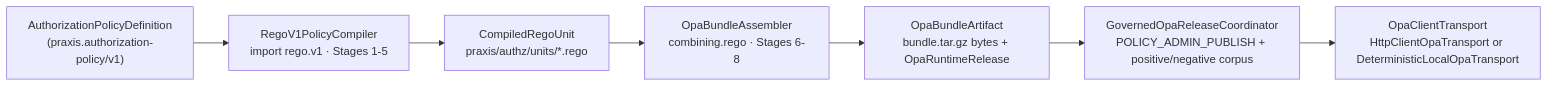
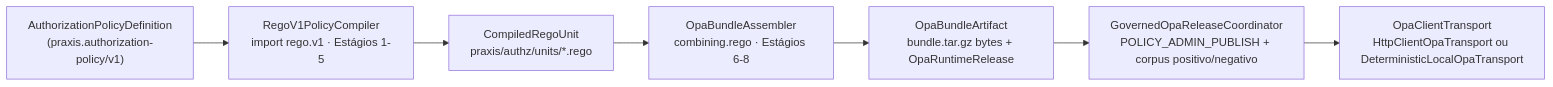
The first of 2 diagrams in README.md (codexrodrigues/praxis-authz-opa), drawn with Mermaid before and after one commit. The commit also changed other lines of this file and 4 other files, not shown here.

````diff
--- a/README.md
+++ b/README.md
@@ -41,9 +97,9 @@
 ```mermaid
 flowchart LR
-    def["AuthorizationPolicyDefinition<br/>(praxis.authorization-policy/v1)"] --> comp["RegoV1PolicyCompiler<br/>import rego.v1 · Stages 1-5"]
+    def["AuthorizationPolicyDefinition<br/>(praxis.authorization-policy/v1)"] --> comp["RegoV1PolicyCompiler<br/>import rego.v1 · Estágios 1-5"]
     comp --> unit["CompiledRegoUnit<br/>praxis/authz/units/*.rego"]
-    unit --> asm["OpaBundleAssembler<br/>combining.rego · Stages 6-8"]
+    unit --> asm["OpaBundleAssembler<br/>combining.rego · Estágios 6-8"]
     asm --> bundle["OpaBundleArtifact<br/>bundle.tar.gz bytes + OpaRuntimeRelease"]
-    bundle --> coord["GovernedOpaReleaseCoordinator<br/>POLICY_ADMIN_PUBLISH + positive/negative corpus"]
-    coord --> transport["OpaClientTransport<br/>HttpClientOpaTransport or DeterministicLocalOpaTransport"]
+    bundle --> coord["GovernedOpaReleaseCoordinator<br/>POLICY_ADMIN_PUBLISH + corpus positivo/negativo"]
+    coord --> transport["OpaClientTransport<br/>HttpClientOpaTransport ou DeterministicLocalOpaTransport"]
 ```
````
